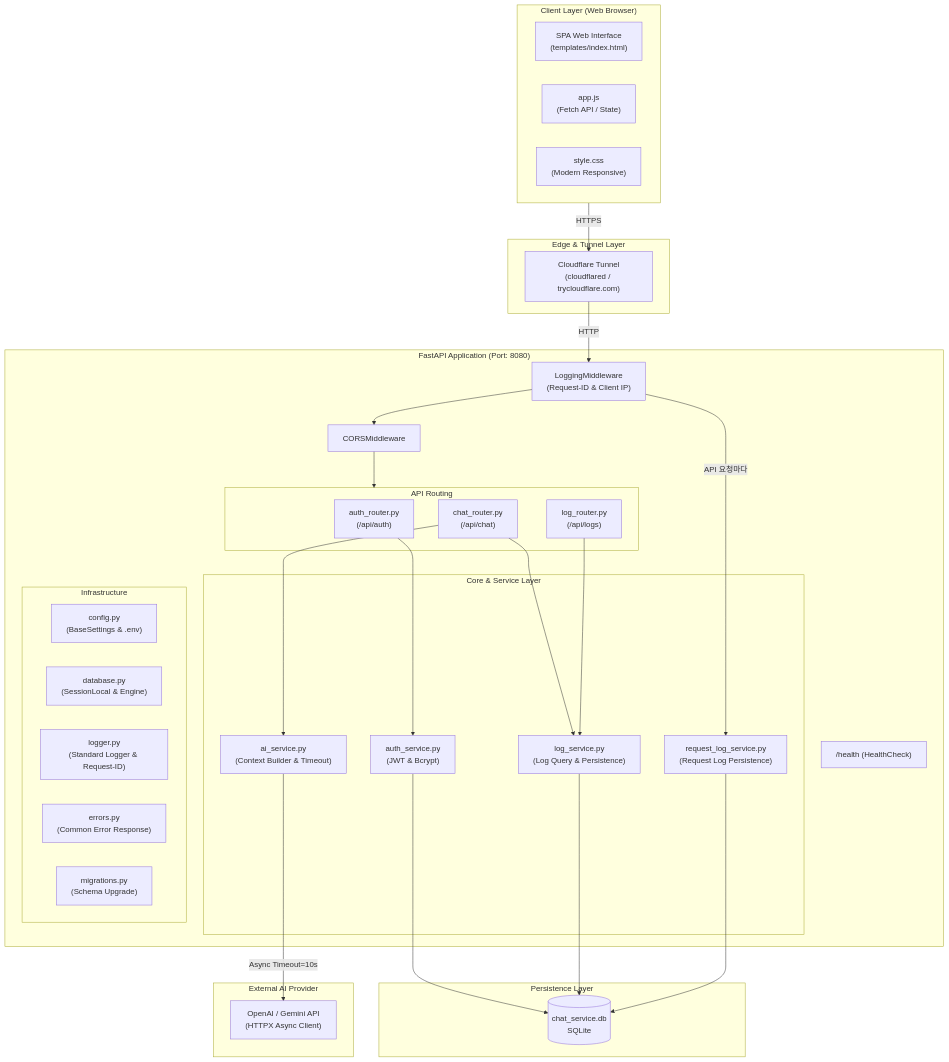
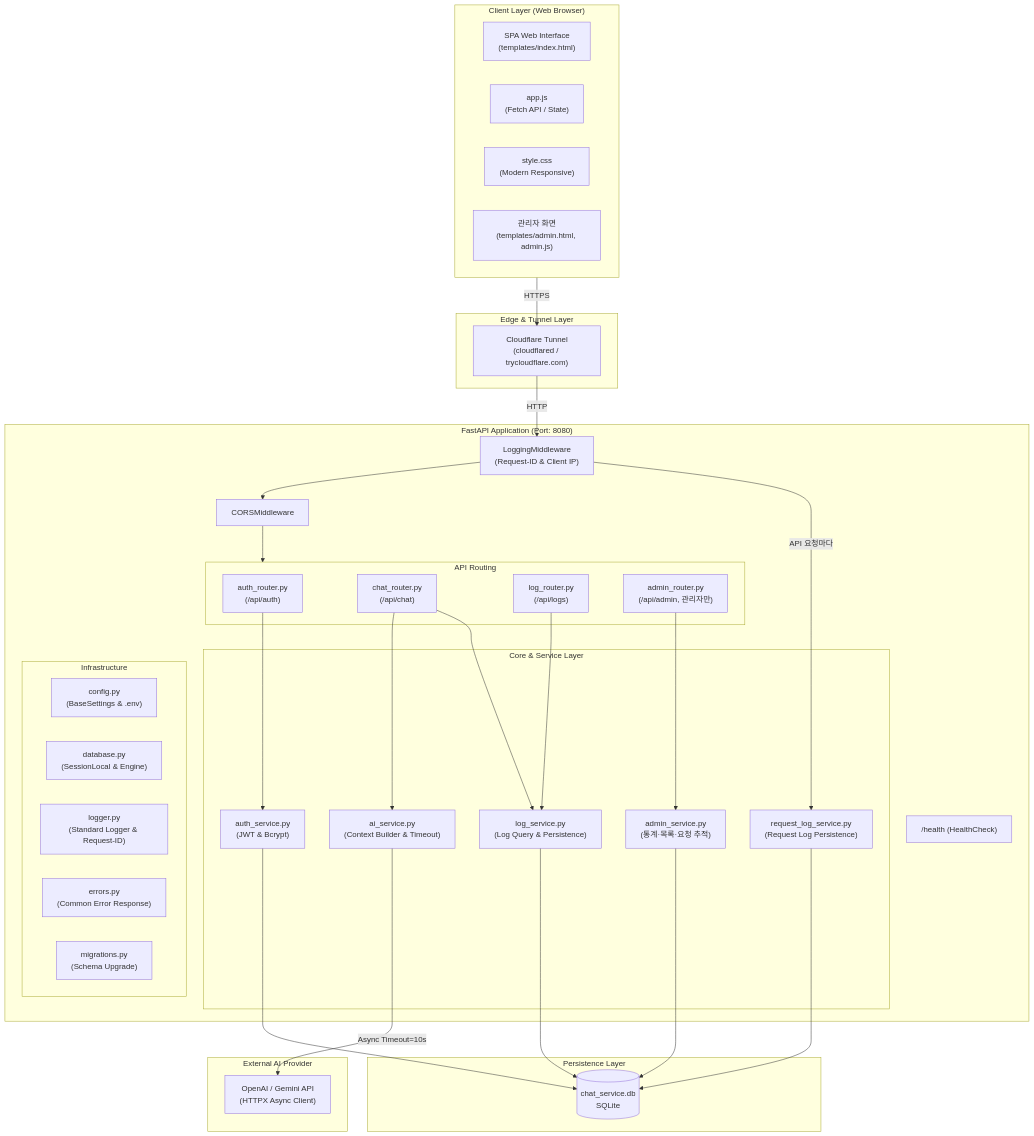
Before and after one commit to jha21vvv/codyssey-b7-1: the first of 2 diagrams in README.md, drawn with Mermaid. The commit also changed other lines of this file, not shown here.

First line of the commit message:
docs: README에 관리자 계정·관리자 API·운영 관리자 화면 사용법 반영

````diff
--- a/README.md
+++ b/README.md
@@ -39,61 +41,66 @@
 ```mermaid
 flowchart TB
     subgraph Client ["Client Layer (Web Browser)"]
         UI["SPA Web Interface<br>(templates/index.html)"]
         JS["app.js<br>(Fetch API / State)"]
         CSS["style.css<br>(Modern Responsive)"]
+        ADMIN_UI["관리자 화면<br>(templates/admin.html, admin.js)"]
     end
 
     subgraph Proxy ["Edge & Tunnel Layer"]
         CFTunnel["Cloudflare Tunnel<br>(cloudflared / trycloudflare.com)"]
     end
 
     subgraph Backend ["FastAPI Application (Port: 8080)"]
         MW["LoggingMiddleware<br>(Request-ID & Client IP)"]
         CORS["CORSMiddleware"]
         Health["/health (HealthCheck)"]
 
         subgraph Routers ["API Routing"]
             R_Auth["auth_router.py<br>(/api/auth)"]
             R_Chat["chat_router.py<br>(/api/chat)"]
             R_Log["log_router.py<br>(/api/logs)"]
+            R_Admin["admin_router.py<br>(/api/admin, 관리자만)"]
         end
 
         subgraph Services ["Core & Service Layer"]
             S_Auth["auth_service.py<br>(JWT & Bcrypt)"]
             S_AI["ai_service.py<br>(Context Builder & Timeout)"]
             S_Log["log_service.py<br>(Log Query & Persistence)"]
             S_Req["request_log_service.py<br>(Request Log Persistence)"]
+            S_Admin["admin_service.py<br>(통계·목록·요청 추적)"]
         end
 
         subgraph Core ["Infrastructure"]
             CFG["config.py<br>(BaseSettings & .env)"]
             DB_ENG["database.py<br>(SessionLocal & Engine)"]
             LOG["logger.py<br>(Standard Logger & Request-ID)"]
             ERR["errors.py<br>(Common Error Response)"]
             MIG["migrations.py<br>(Schema Upgrade)"]
         end
     end
 
     subgraph Storage ["Persistence Layer"]
         DB[(chat_service.db<br>SQLite)]
     end
 
     subgraph ExternalAI ["External AI Provider"]
         AI_API["OpenAI / Gemini API<br>(HTTPX Async Client)"]
     end
 
     Client -->|HTTPS| CFTunnel
     CFTunnel -->|HTTP| MW
     MW --> CORS
     CORS --> Routers
     R_Auth --> S_Auth
     R_Chat --> S_AI
     R_Chat --> S_Log
     R_Log --> S_Log
+    R_Admin --> S_Admin
+    S_Admin --> DB
     S_Auth --> DB
     S_Log --> DB
     MW -->|API 요청마다| S_Req
     S_Req --> DB
     S_AI -->|Async Timeout=10s| AI_API
 ```
````
